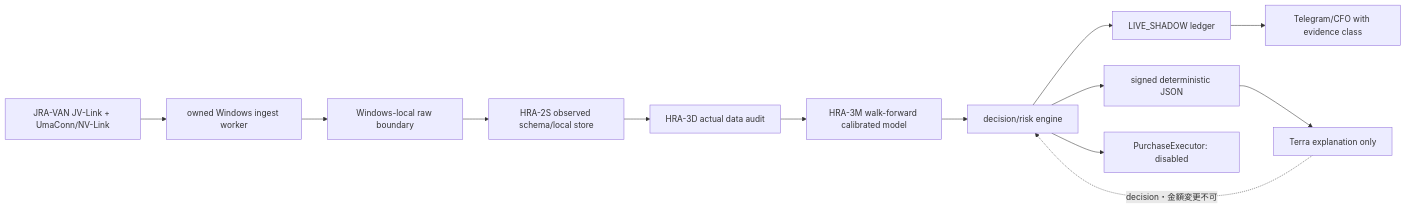
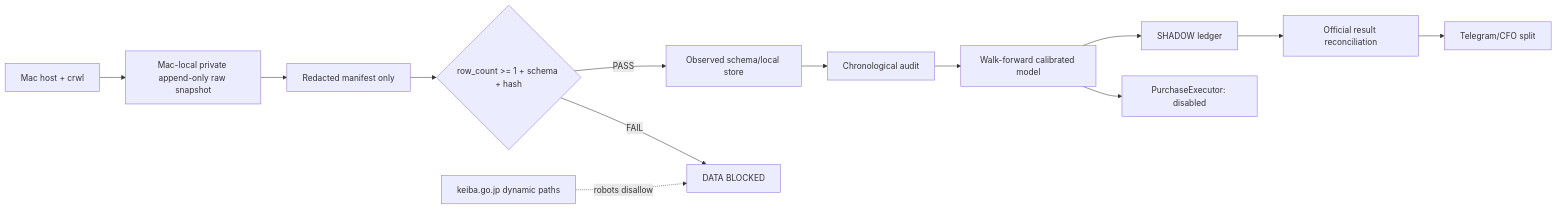
Before and after one commit to Daisuke134/anicca: the second of 3 diagrams in docs/superpowers/specs/2026-08-09-life-manager-horse-racing-agent-design.md, drawn with Mermaid. The commit also changed other lines of this file, not shown here.

````diff
--- a/docs/superpowers/specs/2026-08-09-life-manager-horse-racing-agent-design.md
+++ b/docs/superpowers/specs/2026-08-09-life-manager-horse-racing-agent-design.md
@@ -88,15 +86,15 @@
-```mermaid
+~~~mermaid
 flowchart LR
-  A[JRA-VAN JV-Link + UmaConn/NV-Link] --> B[owned Windows ingest worker]
-  B --> C[Windows-local raw boundary]
-  C --> D[HRA-2S observed schema/local store]
-  D --> E[HRA-3D actual data audit]
-  E --> F[HRA-3M walk-forward calibrated model]
-  F --> G[decision/risk engine]
-  G --> H[LIVE_SHADOW ledger]
-  H --> I[Telegram/CFO with evidence class]
-  G --> J[signed deterministic JSON]
-  J --> K[Terra explanation only]
-  K -. decision・金額変更不可 .-> G
-  G --> L[PurchaseExecutor: disabled]
-```
+  S[Mac host + crwl] --> R[Mac-local private append-only raw snapshot]
+  R --> M[Redacted manifest only]
+  M --> V{row_count >= 1 + schema + hash}
+  V -- PASS --> D[Observed schema/local store]
+  V -- FAIL --> B[DATA BLOCKED]
+  D --> A[Chronological audit]
+  A --> F[Walk-forward calibrated model]
+  F --> H[SHADOW ledger]
+  H --> O[Official result reconciliation]
+  O --> T[Telegram/CFO split]
+  F --> P[PurchaseExecutor: disabled]
+  N[keiba.go.jp dynamic paths] -. robots disallow .-> B
+~~~
````
